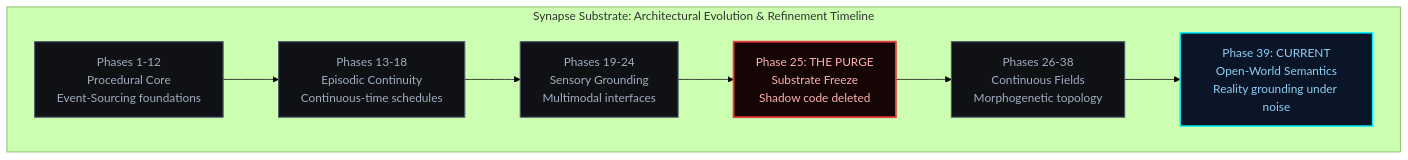
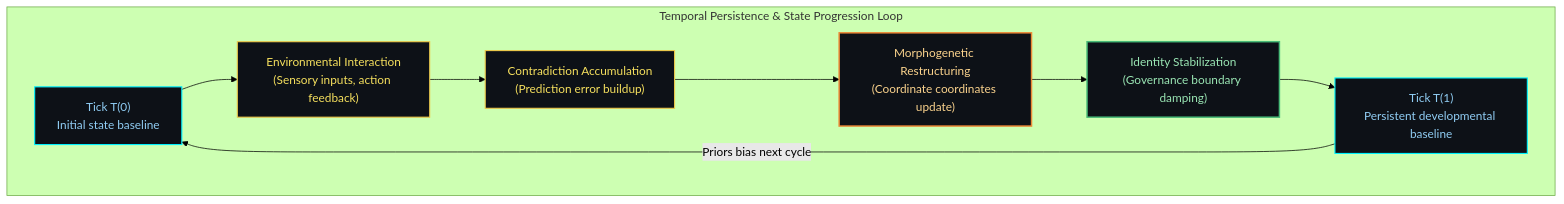
One commit to rk-roshan-kr/Earthos-public changed the seventh of 9 diagrams in docs/architecture.md. Above: the diagram before and after it, drawn with Mermaid (forest theme). The commit also changed other lines of this file, not shown here.

Commit message:
docs: expand architecture.md into research atlas specification with 7 cinematic diagrams

````diff
--- a/docs/architecture.md
+++ b/docs/architecture.md
@@ -225,17 +330,19 @@
 ```mermaid
 graph LR
-    classDef phase fill:#0f1115,stroke:#4a5568,stroke-width:1.5px,color:#a0aec0;
-    classDef purge fill:#150505,stroke:#e53e3e,stroke-width:2.5px,color:#feb2b2;
-    classDef active fill:#0a1628,stroke:#00f2fe,stroke-width:2px,color:#90cdf4;
+    classDef tick fill:#0d1117,stroke:#00f2fe,stroke-width:1.5px,color:#90cdf4;
+    classDef accumulate fill:#0d1117,stroke:#ecc94b,stroke-width:1.5px,color:#f6e05e;
+    classDef restructure fill:#0d1117,stroke:#ed8936,stroke-width:2px,color:#fbd38d;
+    classDef stable fill:#0d1117,stroke:#48bb78,stroke-width:2px,color:#9ae6b4;
 
-    subgraph EVOLUTION_TIMELINE ["Synapse Substrate: Architectural Evolution & Refinement Timeline"]
+    subgraph TEMPORAL_ACCUMULATION ["Temporal Persistence & State Progression Loop"]
         direction LR
-
-        Ph1["Phases 1-12\nProcedural Core\nEvent-Sourcing foundations"]:::phase -->
-        Ph2["Phases 13-18\nEpisodic Continuity\nContinuous-time schedules"]:::phase -->
-        Ph3["Phases 19-24\nSensory Grounding\nMultimodal interfaces"]:::phase -->
-        Purge["Phase 25: THE PURGE\nSubstrate Freeze\nShadow code deleted"]:::purge -->
-        Ph4["Phases 26-38\nContinuous Fields\nMorphogenetic topology"]:::phase -->
-        Ph39["Phase 39: CURRENT\nOpen-World Semantics\nReality grounding under noise"]:::active
+        T0["Tick T(0)\nInitial state baseline"]:::tick -->
+        Act["Environmental Interaction\n(Sensory inputs, action feedback)"]:::accumulate -->
+        Con["Contradiction Accumulation\n(Prediction error buildup)"]:::accumulate -->
+        Rest["Morphogenetic Restructuring\n(Coordinate coordinates update)"]:::restructure -->
+        Guard["Identity Stabilization\n(Governance boundary damping)"]:::stable -->
+        T1["Tick T(1)\nPersistent developmental baseline"]:::tick
+        
+        T1 -->|Priors bias next cycle| T0
     end
 ```
````
